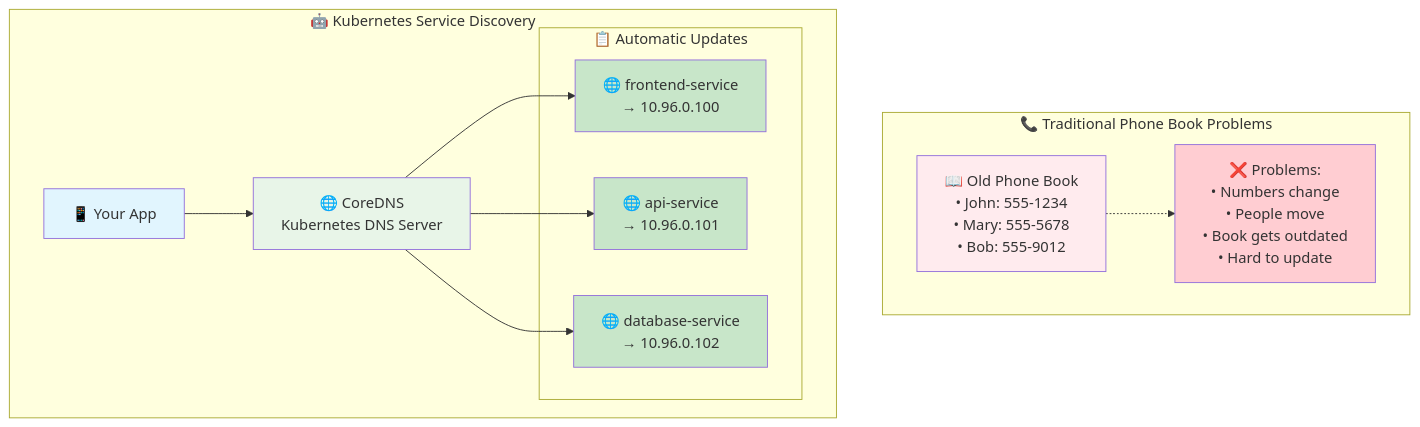
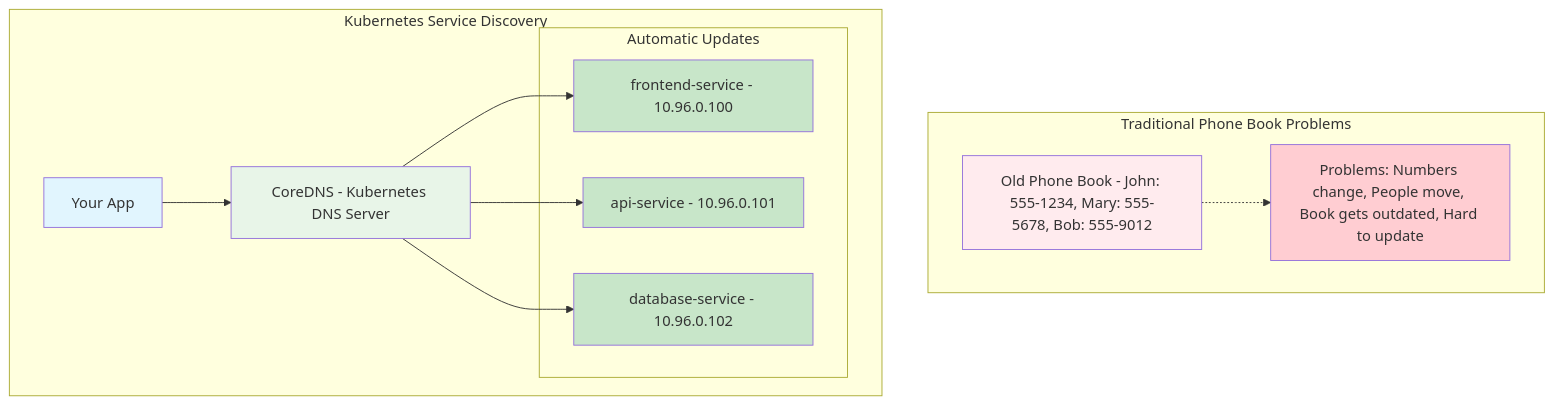
Before and after one commit to manikcloud/cloud-devops-learning-path: diagram 20 of 26 in Section-2-DevOps/Session-7_Kubernetes/04-services-networking/README.md, drawn with Mermaid. The commit also changed other lines of this file, not shown here.

First line of the commit message:
Fix remaining mermaid diagram syntax errors - Part 2

````diff
--- a/Section-2-DevOps/Session-7_Kubernetes/04-services-networking/README.md
+++ b/Section-2-DevOps/Session-7_Kubernetes/04-services-networking/README.md
@@ -996,33 +996,33 @@
 ```mermaid
 graph TB
-    subgraph "📞 Traditional Phone Book Problems"
-        OLD_BOOK[📖 Old Phone Book<br/>• John: 555-1234<br/>• Mary: 555-5678<br/>• Bob: 555-9012]
+    subgraph "Traditional Phone Book Problems"
+        OLD_BOOK[Old Phone Book - John: 555-1234, Mary: 555-5678, Bob: 555-9012]
         
-        PROBLEMS[❌ Problems:<br/>• Numbers change<br/>• People move<br/>• Book gets outdated<br/>• Hard to update]
+        PROBLEMS[Problems: Numbers change, People move, Book gets outdated, Hard to update]
         
         OLD_BOOK -.-> PROBLEMS
     end
     
-    subgraph "🤖 Kubernetes Service Discovery"
-        DNS_SERVER[🌐 CoreDNS<br/>Kubernetes DNS Server]
+    subgraph "Kubernetes Service Discovery"
+        DNS_SERVER[CoreDNS - Kubernetes DNS Server]
         
-        subgraph "📋 Automatic Updates"
-            SERVICE1[🌐 frontend-service<br/>→ 10.96.0.100]
-            SERVICE2[🌐 api-service<br/>→ 10.96.0.101]
-            SERVICE3[🌐 database-service<br/>→ 10.96.0.102]
+        subgraph "Automatic Updates"
+            SERVICE1[frontend-service - 10.96.0.100]
+            SERVICE2[api-service - 10.96.0.101]
+            SERVICE3[database-service - 10.96.0.102]
         end
         
-        APP[📱 Your App] --> DNS_SERVER
+        APP[Your App] --> DNS_SERVER
         DNS_SERVER --> SERVICE1
         DNS_SERVER --> SERVICE2
         DNS_SERVER --> SERVICE3
     end
     
     style OLD_BOOK fill:#ffebee
     style PROBLEMS fill:#ffcdd2
     style DNS_SERVER fill:#e8f5e8
     style SERVICE1 fill:#c8e6c9
     style SERVICE2 fill:#c8e6c9
     style SERVICE3 fill:#c8e6c9
     style APP fill:#e1f5fe
 ```
````
